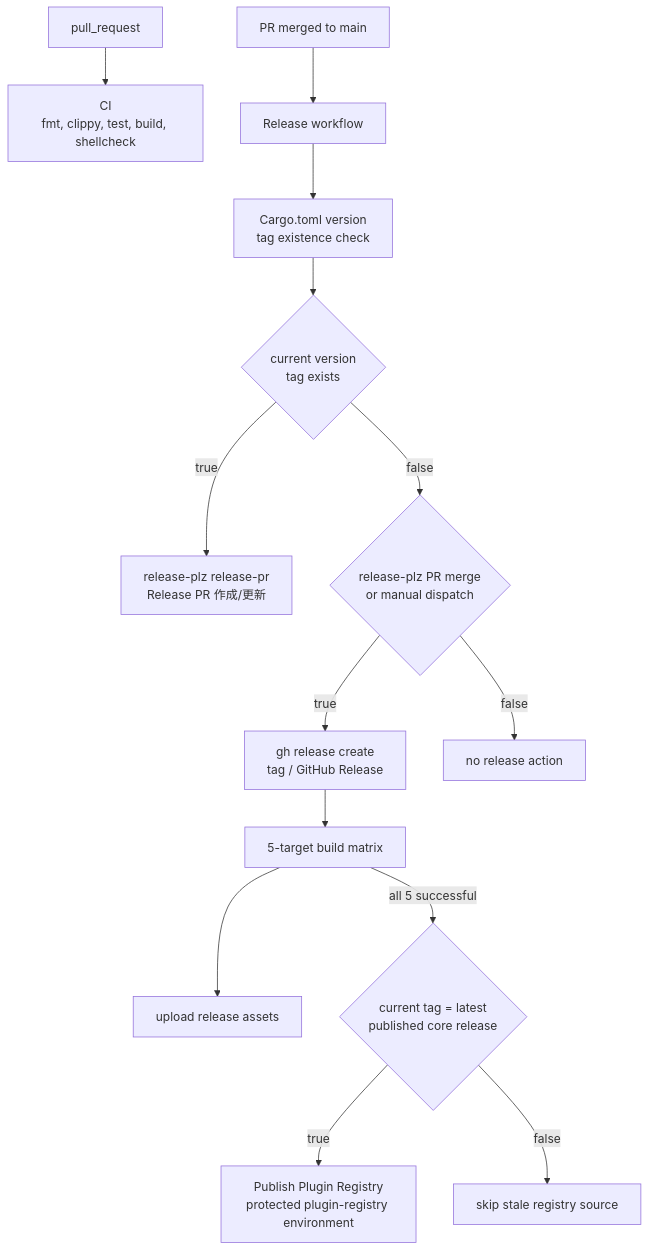
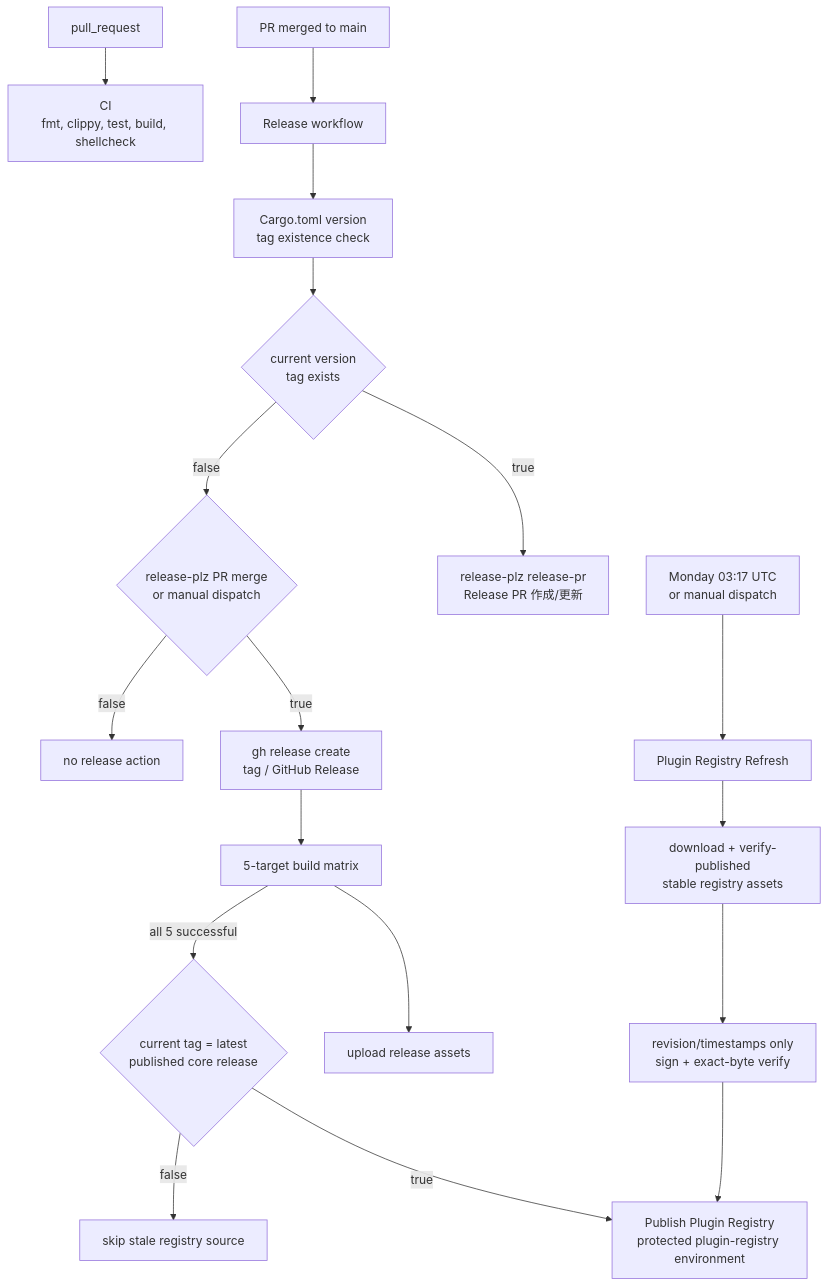
The diagram in docs/ci-cd/README.md (rurusasu/article-collector), drawn with Mermaid before and after one commit. The commit also changed other lines of this file and 4 other files, not shown here.

Commit message:
fix: keep plugin registry fresh between releases

````diff
--- a/docs/ci-cd/README.md
+++ b/docs/ci-cd/README.md
@@ -10,16 +10,20 @@
 ```mermaid
 graph TB
   pr["pull_request"] --> ci["CI<br/>fmt, clippy, test, build, shellcheck"]
   merge["PR merged to main"] --> release["Release workflow"]
   release --> tagcheck["Cargo.toml version<br/>tag existence check"]
   tagcheck --> exists{"current version<br/>tag exists"}
   exists -->|true| rp["release-plz release-pr<br/>Release PR 作成/更新"]
   exists -->|false| requested{"release-plz PR merge<br/>or manual dispatch"}
   requested -->|true| publish["gh release create<br/>tag / GitHub Release"]
   requested -->|false| noop["no release action"]
   publish --> build["5-target build matrix"]
   build --> upload["upload release assets"]
   build -->|all 5 successful| sourceorder{"current tag = latest<br/>published core release"}
   sourceorder -->|true| registry["Publish Plugin Registry<br/>protected plugin-registry environment"]
   sourceorder -->|false| stale["skip stale registry source"]
+  timer["Monday 03:17 UTC<br/>or manual dispatch"] --> refresh["Plugin Registry Refresh"]
+  refresh --> authenticate["download + verify-published<br/>stable registry assets"]
+  authenticate --> resign["revision/timestamps only<br/>sign + exact-byte verify"]
+  resign --> registry
 ```
````
